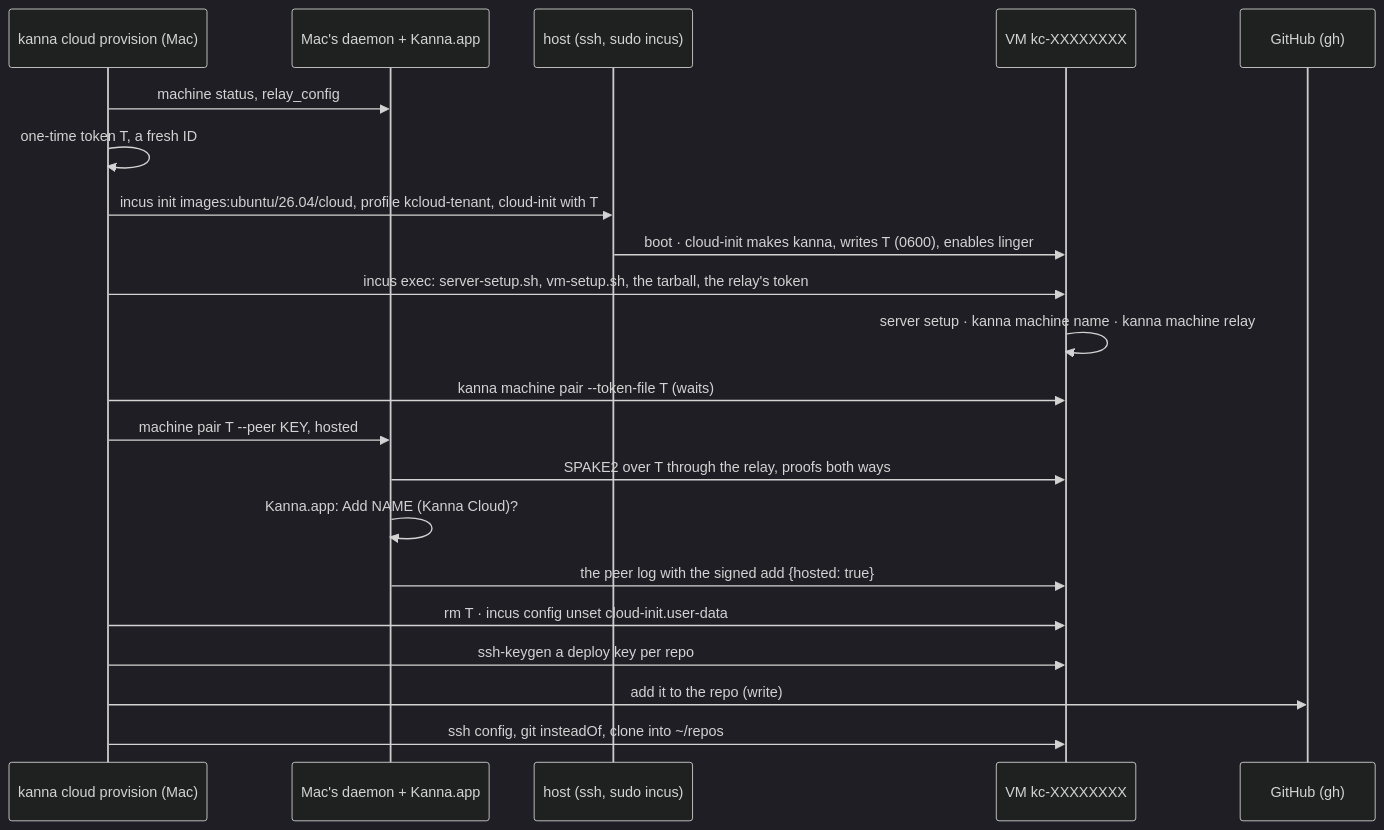
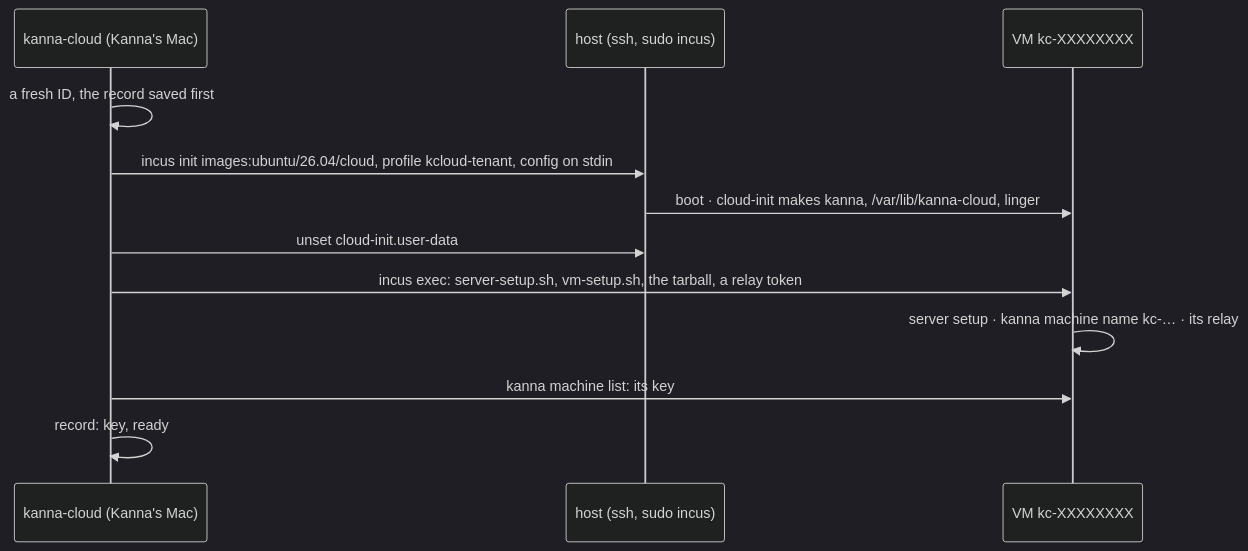
The diagram in docs/specs/cloud-vms.md (tampopogk/kanna), drawn with Mermaid (dark theme) before and after one commit. The commit also changed other lines of this file and 21 other files, not shown here.

Commit message:
Cloud 9: provisioning is Kanna's internal kanna-cloud binary (setup-host, provision, list, release); the hosted mark, token enrollment and kanna cloud are taken back out of the product, protocol stays 4; verified on r720-1

````diff
--- a/docs/specs/cloud-vms.md
+++ b/docs/specs/cloud-vms.md
@@ -44,23 +42,14 @@
 ```mermaid
 sequenceDiagram
-    participant M as kanna cloud provision (Mac)
-    participant D as Mac's daemon + Kanna.app
+    participant K as kanna-cloud (Kanna's Mac)
     participant H as host (ssh, sudo incus)
     participant V as VM kc-XXXXXXXX
-    participant G as GitHub (gh)
-    M->>D: machine status, relay_config
-    M->>M: one-time token T, a fresh ID
-    M->>H: incus init images:ubuntu/26.04/cloud, profile kcloud-tenant, cloud-init with T
-    H->>V: boot · cloud-init makes kanna, writes T (0600), enables linger
-    M->>V: incus exec: server-setup.sh, vm-setup.sh, the tarball, the relay's token
-    V->>V: server setup · kanna machine name · kanna machine relay
-    M->>V: kanna machine pair --token-file T (waits)
-    M->>D: machine pair T --peer KEY, hosted
-    D->>V: SPAKE2 over T through the relay, proofs both ways
-    D->>D: Kanna.app: Add NAME (Kanna Cloud)?
-    D->>V: the peer log with the signed add {hosted: true}
-    M->>V: rm T · incus config unset cloud-init.user-data
-    M->>V: ssh-keygen a deploy key per repo
-    M->>G: add it to the repo (write)
-    M->>V: ssh config, git insteadOf, clone into ~/repos
+    K->>K: a fresh ID, the record saved first
+    K->>H: incus init images:ubuntu/26.04/cloud, profile kcloud-tenant, config on stdin
+    H->>V: boot · cloud-init makes kanna, /var/lib/kanna-cloud, linger
+    K->>H: unset cloud-init.user-data
+    K->>V: incus exec: server-setup.sh, vm-setup.sh, the tarball, a relay token
+    V->>V: server setup · kanna machine name kc-… · its relay
+    K->>V: kanna machine list: its key
+    K->>K: record: key, ready
 ```
````
